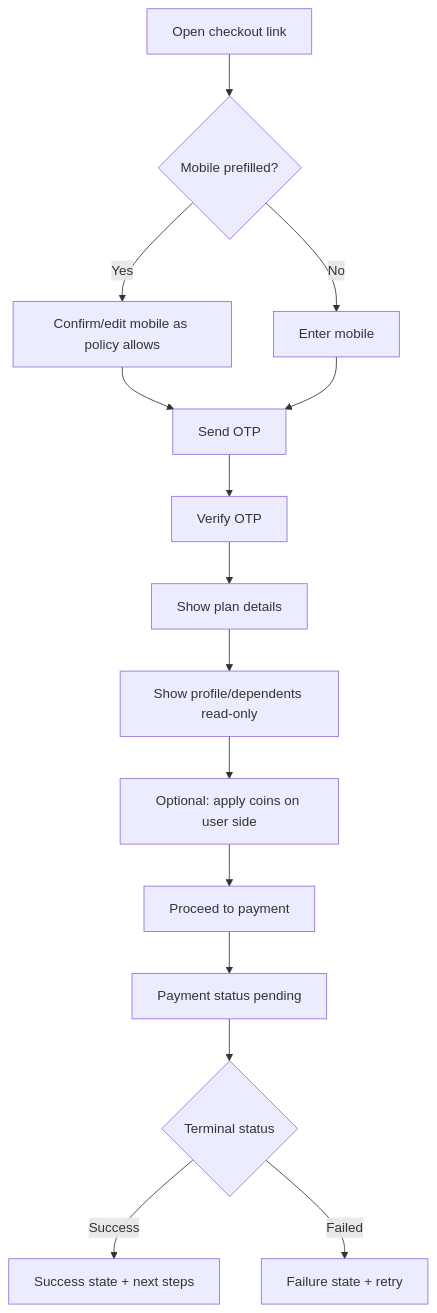
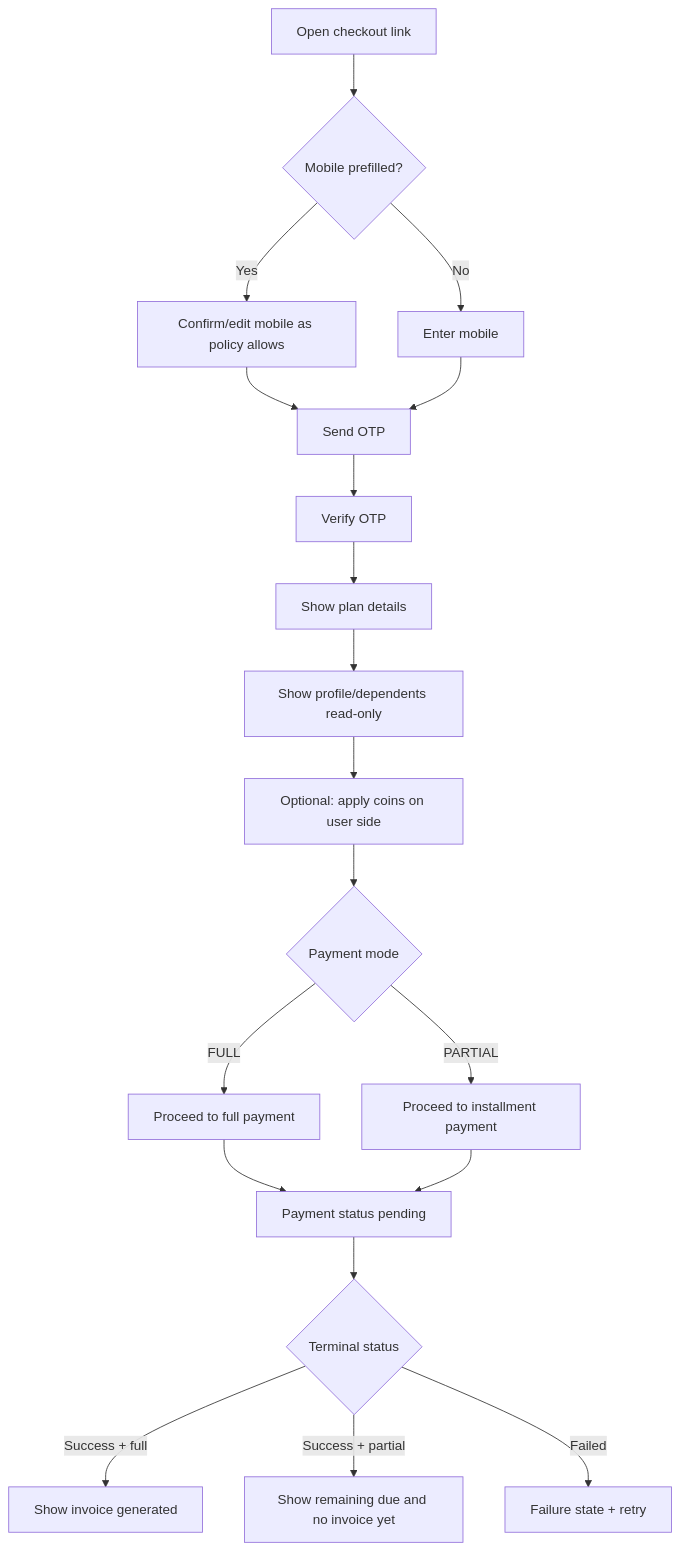
One commit to thilaks-prosperr/prosperr-checkout-suite changed diagram 11 of 18 in docs/assisted-checkout-flow-definition.md. Above: the diagram before and after it, drawn with Mermaid. The commit also changed other lines of this file and 4 other files, not shown here.

First line of the commit message:
Support GST-inclusive negotiated pricing and partial payment flows.

````diff
--- a/docs/assisted-checkout-flow-definition.md
+++ b/docs/assisted-checkout-flow-definition.md
@@ -838,17 +906,21 @@
 ```mermaid
 flowchart TD
   A[Open checkout link] --> B{Mobile prefilled?}
   B -->|Yes| C[Confirm/edit mobile as policy allows]
   B -->|No| D[Enter mobile]
   C --> E[Send OTP]
   D --> E
   E --> F[Verify OTP]
   F --> G[Show plan details]
   G --> H[Show profile/dependents read-only]
   H --> I[Optional: apply coins on user side]
-  I --> J[Proceed to payment]
-  J --> K[Payment status pending]
-  K --> L{Terminal status}
-  L -->|Success| M[Success state + next steps]
-  L -->|Failed| N[Failure state + retry]
+  I --> J{Payment mode}
+  J -->|FULL| K[Proceed to full payment]
+  J -->|PARTIAL| L[Proceed to installment payment]
+  K --> M[Payment status pending]
+  L --> M
+  M --> N{Terminal status}
+  N -->|Success + full| O[Show invoice generated]
+  N -->|Success + partial| P[Show remaining due and no invoice yet]
+  N -->|Failed| Q[Failure state + retry]
 ```
````
